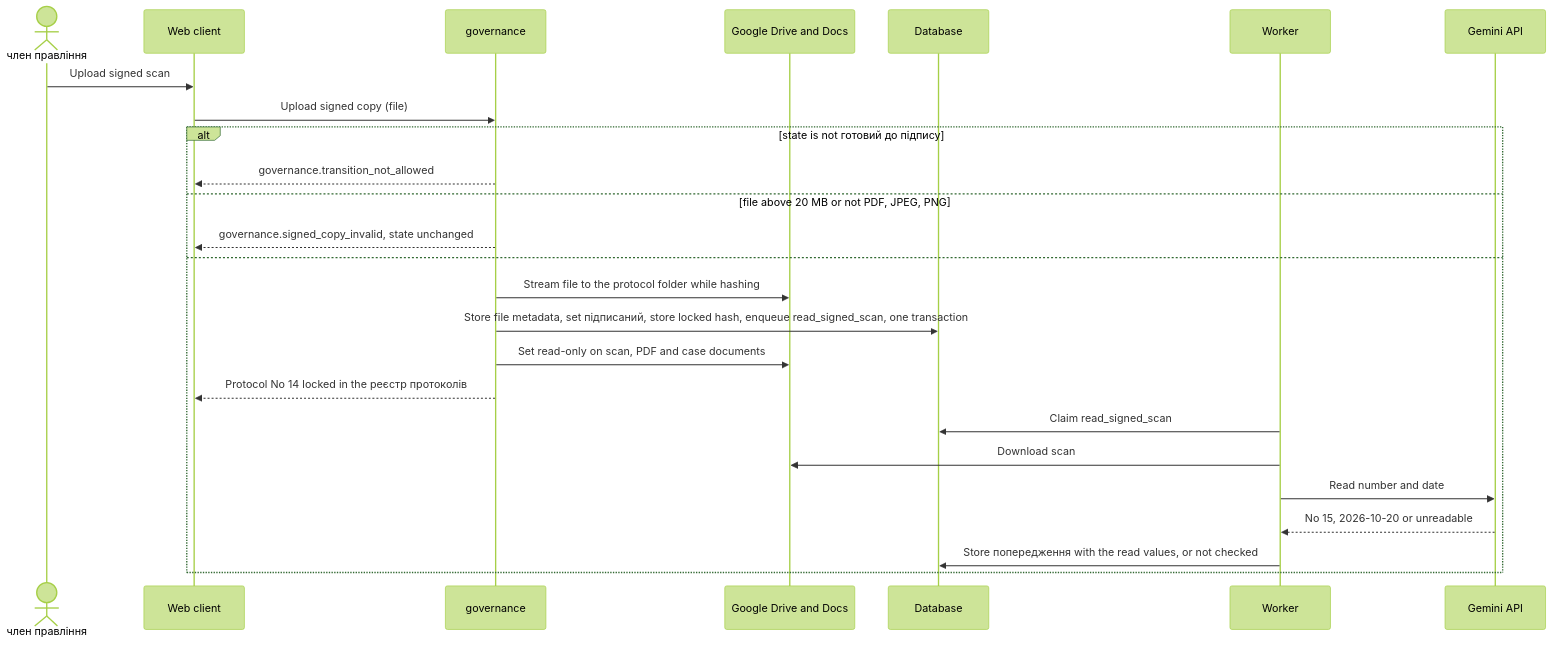
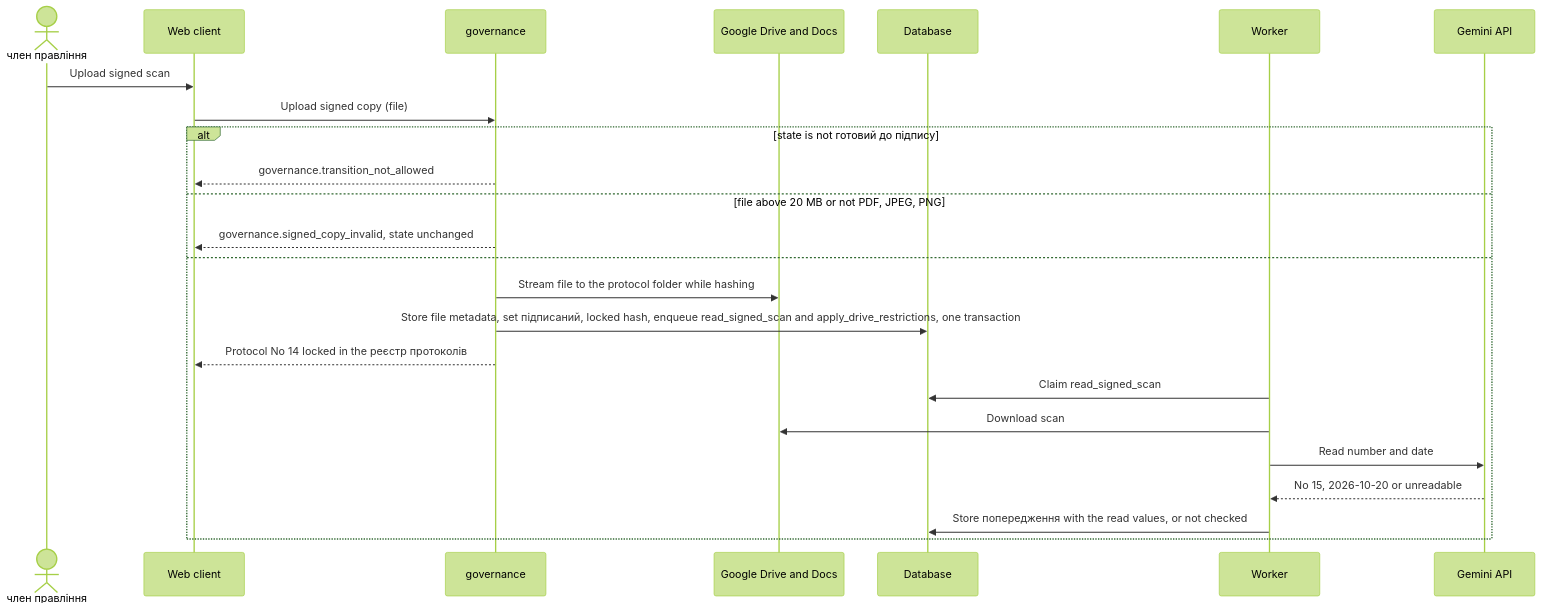
One commit to AndriiOpryshko/spilno changed the seventh of 10 diagrams in docs/features/board-protocol/sad.ao-architecture.md. Above: the diagram before and after it, drawn with Mermaid (forest theme). The commit also changed other lines of this file and 3 other files, not shown here.

Commit message:
board-protocol: sad §6 — flows per PRD §10 transition, Google failure flow, Drive restrictions as retried jobs

````diff
--- a/docs/features/board-protocol/sad.ao-architecture.md
+++ b/docs/features/board-protocol/sad.ao-architecture.md
@@ -326,27 +323,26 @@
 ```mermaid
 sequenceDiagram
     actor M as член правління
     participant web as Web client
     participant gov as governance
     participant drive as Google Drive and Docs
     participant db as Database
     participant worker as Worker
     participant gemini as Gemini API
     M->>web: Upload signed scan
     web->>gov: Upload signed copy (file)
     alt state is not готовий до підпису
         gov-->>web: governance.transition_not_allowed
     else file above 20 MB or not PDF, JPEG, PNG
         gov-->>web: governance.signed_copy_invalid, state unchanged
     else
         gov->>drive: Stream file to the protocol folder while hashing
-        gov->>db: Store file metadata, set підписаний, store locked hash, enqueue read_signed_scan, one transaction
-        gov->>drive: Set read-only on scan, PDF and case documents
+        gov->>db: Store file metadata, set підписаний, locked hash, enqueue read_signed_scan and apply_drive_restrictions, one transaction
         gov-->>web: Protocol No 14 locked in the реєстр протоколів
         worker->>db: Claim read_signed_scan
         worker->>drive: Download scan
         worker->>gemini: Read number and date
         gemini-->>worker: No 15, 2026-10-20 or unreadable
         worker->>db: Store попередження with the read values, or not checked
     end
 ```
````
